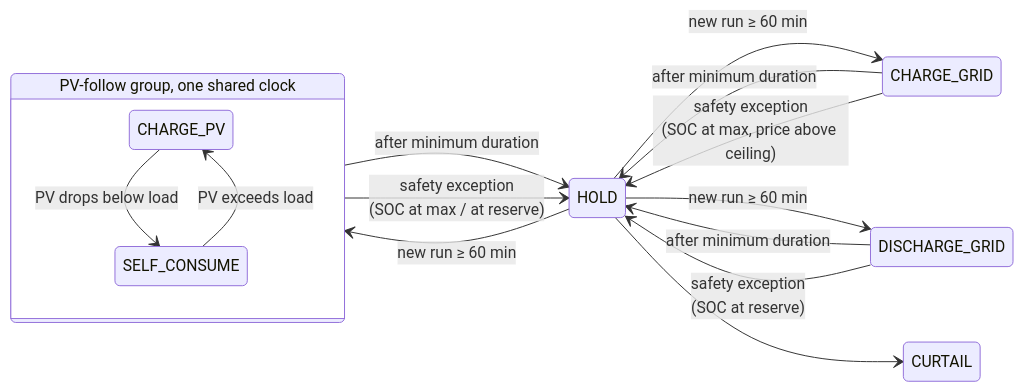
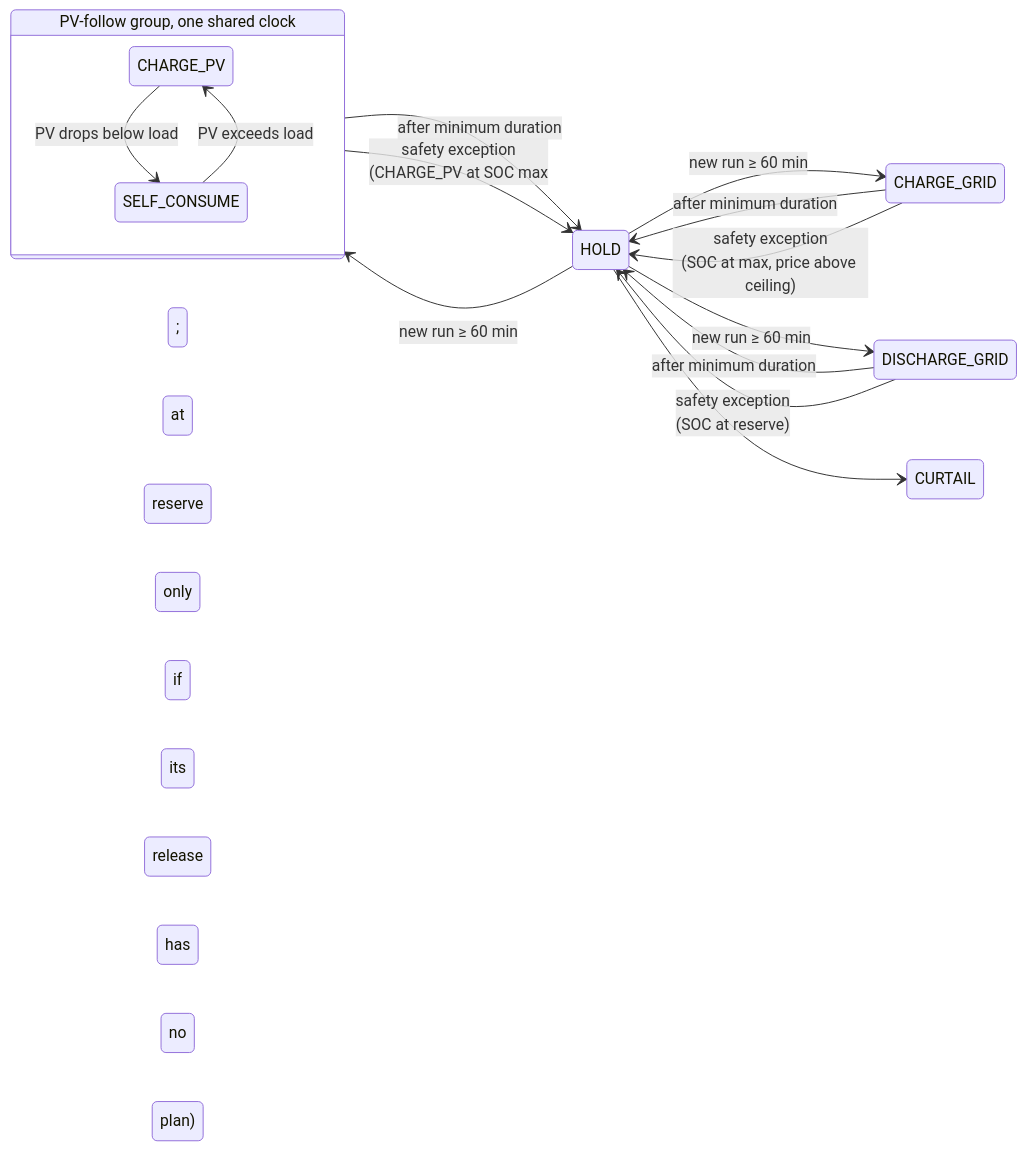
Before and after one commit to datamindzio/ha-energy-compass: the seventh of 13 diagrams in docs/guide.en.md, drawn with Mermaid. The commit also changed other lines of this file and 20 other files, not shown here.

````diff
--- a/docs/guide.en.md
+++ b/docs/guide.en.md
@@ -657,18 +657,18 @@
 ```mermaid
 stateDiagram-v2
     direction LR
     state "PV-follow group, one shared clock" as PVF {
         CHARGE_PV --> SELF_CONSUME: PV drops below load
         SELF_CONSUME --> CHARGE_PV: PV exceeds load
     }
     HOLD --> PVF: new run ≥ 60 min
     HOLD --> CHARGE_GRID: new run ≥ 60 min
     HOLD --> DISCHARGE_GRID: new run ≥ 60 min
     HOLD --> CURTAIL
     PVF --> HOLD: after minimum duration
     CHARGE_GRID --> HOLD: after minimum duration
     DISCHARGE_GRID --> HOLD: after minimum duration
     CHARGE_GRID --> HOLD: safety exception<br/>(SOC at max, price above ceiling)
-    PVF --> HOLD: safety exception<br/>(SOC at max / at reserve)
+    PVF --> HOLD: safety exception<br/>(CHARGE_PV at SOC max; SELF_CONSUME at reserve only if its release has no plan)
     DISCHARGE_GRID --> HOLD: safety exception<br/>(SOC at reserve)
 ```
````
